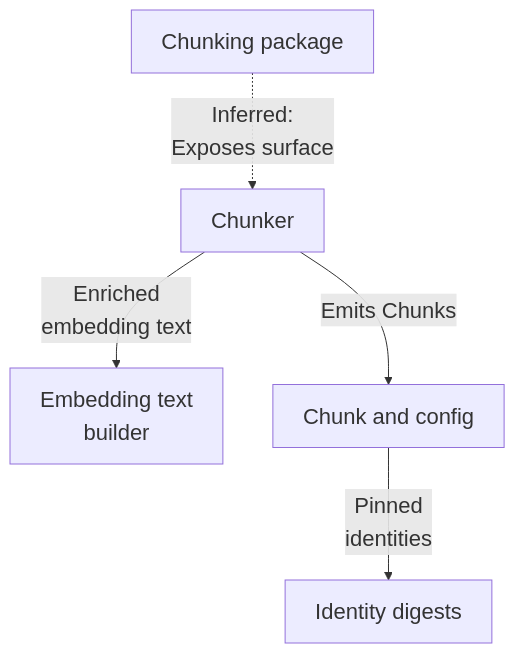
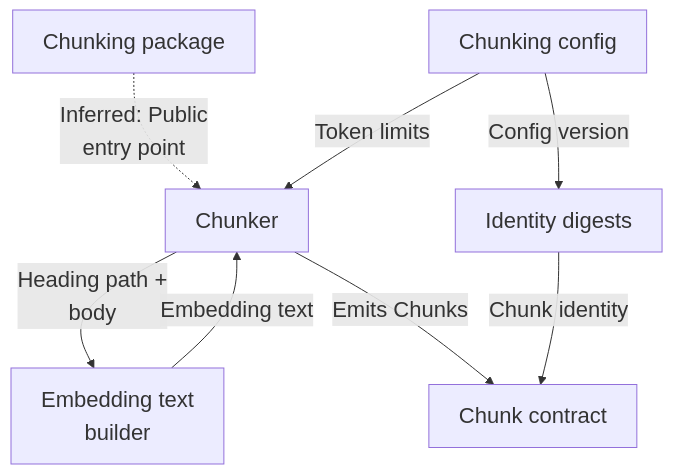
Before and after one commit to Justin-Mendoza/Afterclass: the diagram in maps/ingestion/diagram-01.mmd, drawn with Mermaid. The commit also changed 88 other files, not shown here.

```diff
--- a/maps/ingestion/diagram-01.mmd
+++ b/maps/ingestion/diagram-01.mmd
@@ -1,11 +1,15 @@
 %%{init: {"themeVariables": {"fontSize": "22px"}}}%%
 flowchart TD
   n0["Chunking package"]
   n1["Chunker"]
   n2["Embedding text<br/>builder"]
-  n3["Chunk and config"]
-  n4["Identity digests"]
-  n0 -.->|"Inferred:<br/>Exposes surface"| n1
-  n1 -->|"Enriched<br/>embedding text"| n2
+  n3["Chunk contract"]
+  n4["Chunking config"]
+  n5["Identity digests"]
+  n0 -.->|"Inferred: Public<br/>entry point"| n1
+  n1 -->|"Heading path +<br/>body"| n2
+  n2 -->|"Embedding text"| n1
+  n4 -->|"Token limits"| n1
   n1 -->|"Emits Chunks"| n3
-  n3 -->|"Pinned<br/>identities"| n4
+  n5 -->|"Chunk identity"| n3
+  n4 -->|"Config version"| n5
```
